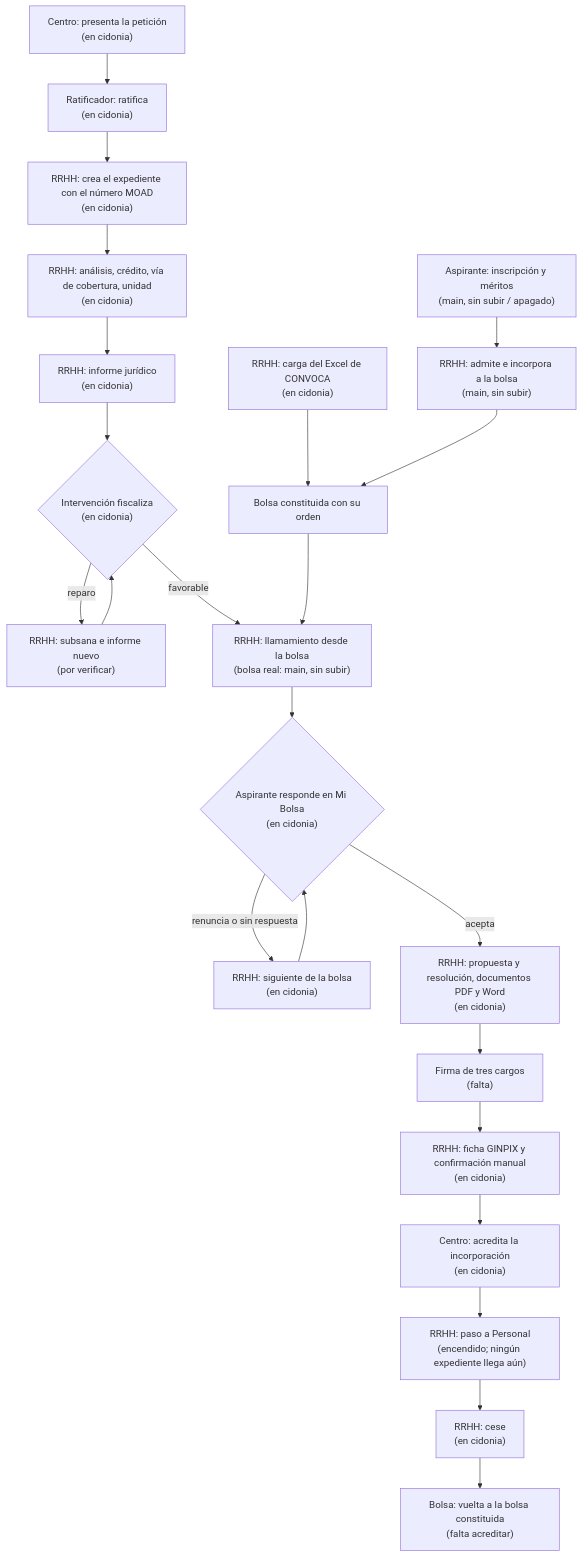
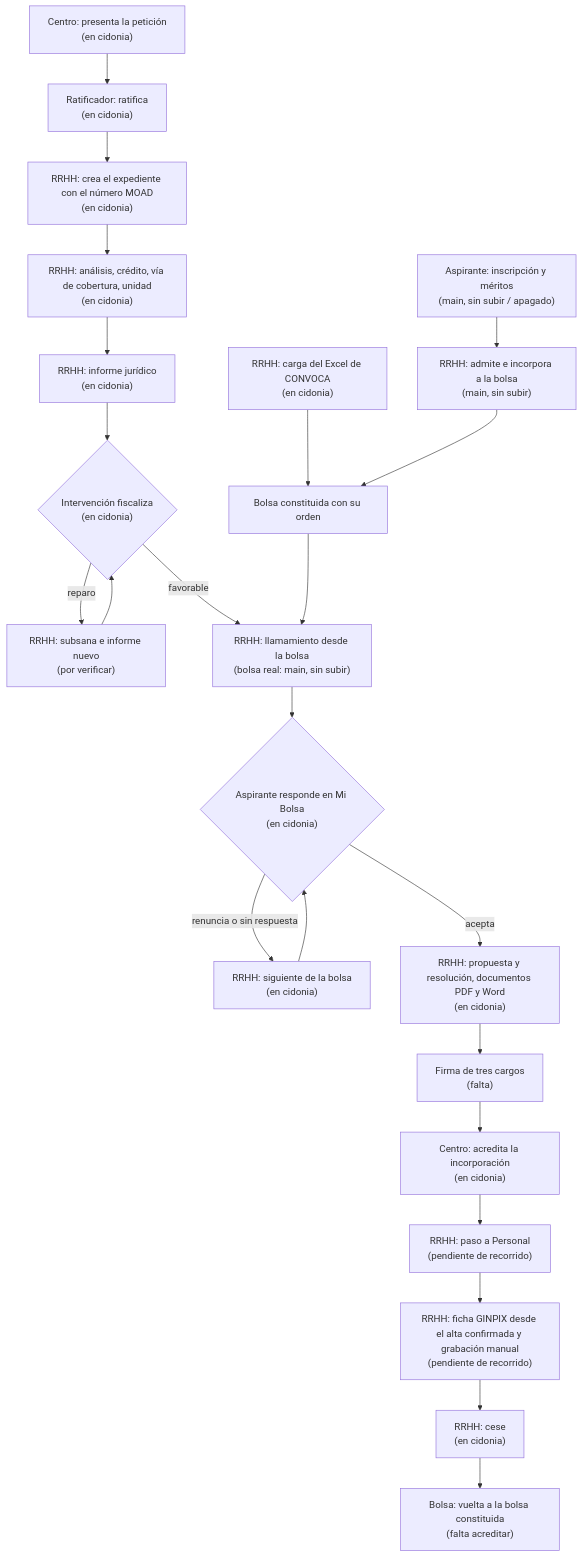
The first of 3 diagrams in docs/producto/FLUJO_APP.md (aavidad/VEC_Diputacion_app), drawn with Mermaid before and after one commit. The commit also changed other lines of this file and 44 other files, not shown here.

Commit message:
Descarga GINPIX desde el alta confirmada en Personal y ordena el recorrido

````diff
--- a/docs/producto/FLUJO_APP.md
+++ b/docs/producto/FLUJO_APP.md
@@ -344,25 +344,25 @@
 ```mermaid
 flowchart TD
   A1["Aspirante: inscripción y méritos<br/>(main, sin subir / apagado)"] --> R1["RRHH: admite e incorpora a la bolsa<br/>(main, sin subir)"]
   R0["RRHH: carga del Excel de CONVOCA<br/>(en cidonia)"] --> B["Bolsa constituida con su orden"]
   R1 --> B
   C1["Centro: presenta la petición<br/>(en cidonia)"] --> C2["Ratificador: ratifica<br/>(en cidonia)"]
   C2 --> R2["RRHH: crea el expediente con el número MOAD<br/>(en cidonia)"]
   R2 --> R3["RRHH: análisis, crédito, vía de cobertura, unidad<br/>(en cidonia)"]
   R3 --> R4["RRHH: informe jurídico<br/>(en cidonia)"]
   R4 --> I1{"Intervención fiscaliza<br/>(en cidonia)"}
   I1 -- reparo --> R5["RRHH: subsana e informe nuevo<br/>(por verificar)"]
   R5 --> I1
   I1 -- favorable --> L1["RRHH: llamamiento desde la bolsa<br/>(bolsa real: main, sin subir)"]
   B --> L1
   L1 --> A2{"Aspirante responde en Mi Bolsa<br/>(en cidonia)"}
   A2 -- renuncia o sin respuesta --> L2["RRHH: siguiente de la bolsa<br/>(en cidonia)"]
   L2 --> A2
   A2 -- acepta --> R6["RRHH: propuesta y resolución, documentos PDF y Word<br/>(en cidonia)"]
   R6 --> F1["Firma de tres cargos<br/>(falta)"]
-  F1 --> G1["RRHH: ficha GINPIX y confirmación manual<br/>(en cidonia)"]
-  G1 --> C3["Centro: acredita la incorporación<br/>(en cidonia)"]
-  C3 --> P1["RRHH: paso a Personal<br/>(encendido; ningún expediente llega aún)"]
-  P1 --> S1["RRHH: cese<br/>(en cidonia)"]
+  F1 --> C3["Centro: acredita la incorporación<br/>(en cidonia)"]
+  C3 --> P1["RRHH: paso a Personal<br/>(pendiente de recorrido)"]
+  P1 --> G1["RRHH: ficha GINPIX desde el alta confirmada y grabación manual<br/>(pendiente de recorrido)"]
+  G1 --> S1["RRHH: cese<br/>(en cidonia)"]
   S1 --> B2["Bolsa: vuelta a la bolsa constituida<br/>(falta acreditar)"]
 ```
````
